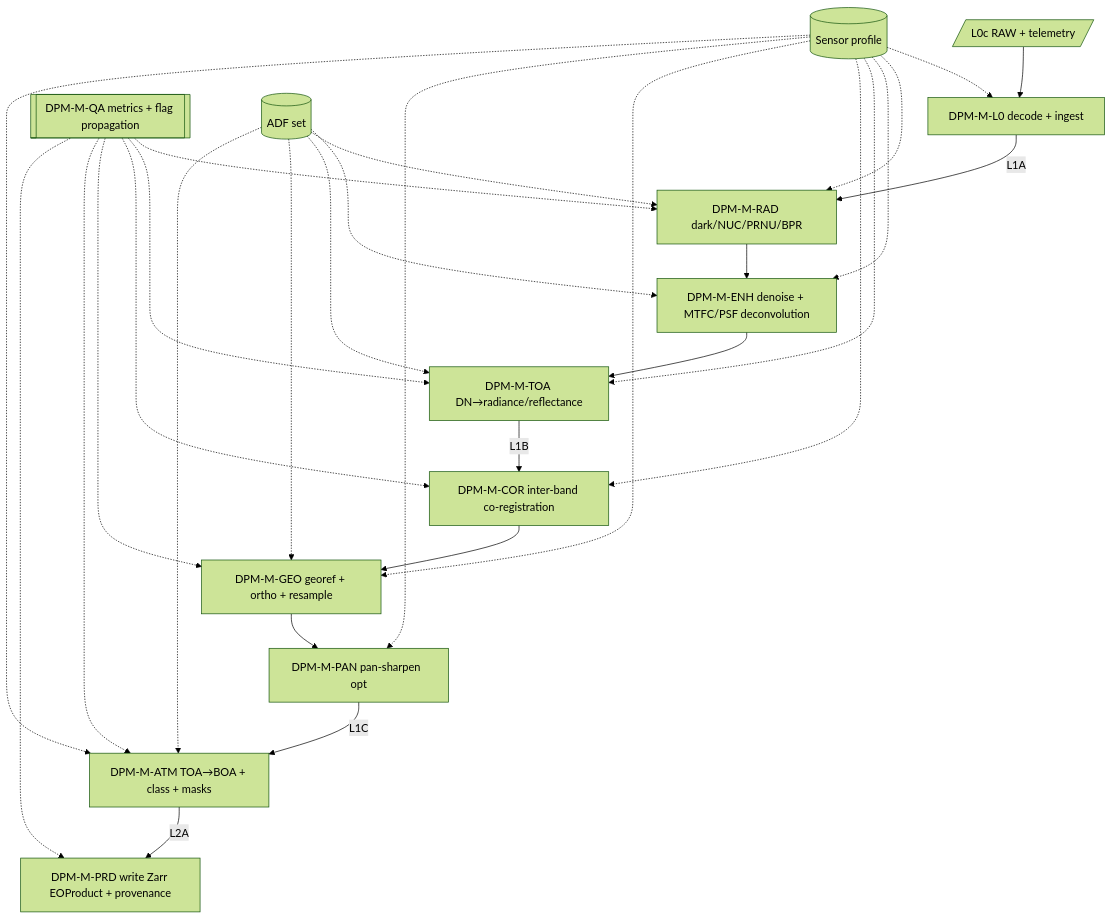
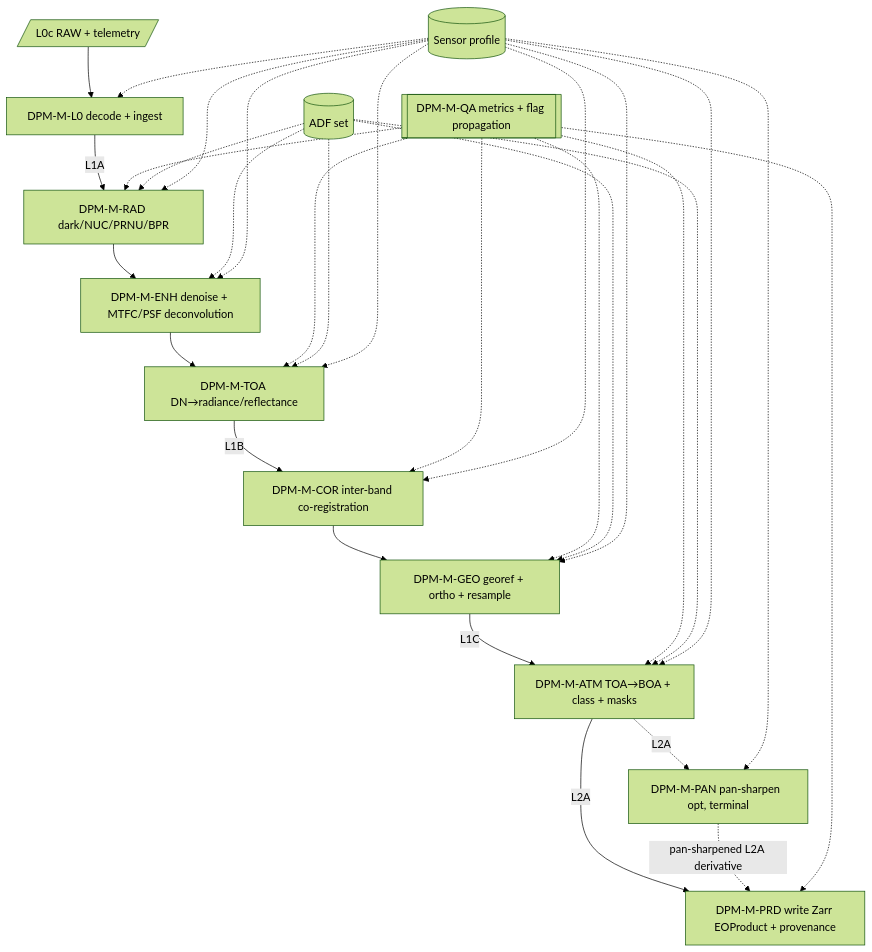
The second of 10 diagrams in compliance/drd/dpm-data-processing-model.md (AstroCan17/msi-processor), drawn with Mermaid (forest theme) before and after one commit. The commit also changed other lines of this file and 3 other files, not shown here.

First line of the commit message:
change(cr4): relocate pan-sharpening to optional post-L2A derivative (after AC)

````diff
--- a/compliance/drd/dpm-data-processing-model.md
+++ b/compliance/drd/dpm-data-processing-model.md
@@ -227,15 +238,16 @@
 ```mermaid
 flowchart TD
   L0c[/L0c RAW + telemetry/] --> M0[DPM-M-L0 decode + ingest]
   M0 -->|L1A| MR[DPM-M-RAD dark/NUC/PRNU/BPR]
   MR --> ME[DPM-M-ENH denoise + MTFC/PSF deconvolution]
   ME --> MT[DPM-M-TOA DN→radiance/reflectance]
   MT -->|L1B| MC[DPM-M-COR inter-band co-registration]
   MC --> MG[DPM-M-GEO georef + ortho + resample]
-  MG --> MP[DPM-M-PAN pan-sharpen  opt]
-  MP -->|L1C| MA[DPM-M-ATM TOA→BOA + class + masks]
+  MG -->|L1C| MA[DPM-M-ATM TOA→BOA + class + masks]
   MA -->|L2A| W[DPM-M-PRD write Zarr EOProduct + provenance]
+  MA -.->|L2A| MP[DPM-M-PAN pan-sharpen  opt, terminal]
+  MP -.->|pan-sharpened L2A derivative| W
   QA[[DPM-M-QA metrics + flag propagation]] -.-> MR & MT & MC & MG & MA & W
   ADF[(ADF set)] -.-> MR & ME & MT & MG & MA
   PROF[(Sensor profile)] -.-> M0 & MR & ME & MT & MC & MG & MP & MA
 ```
````
